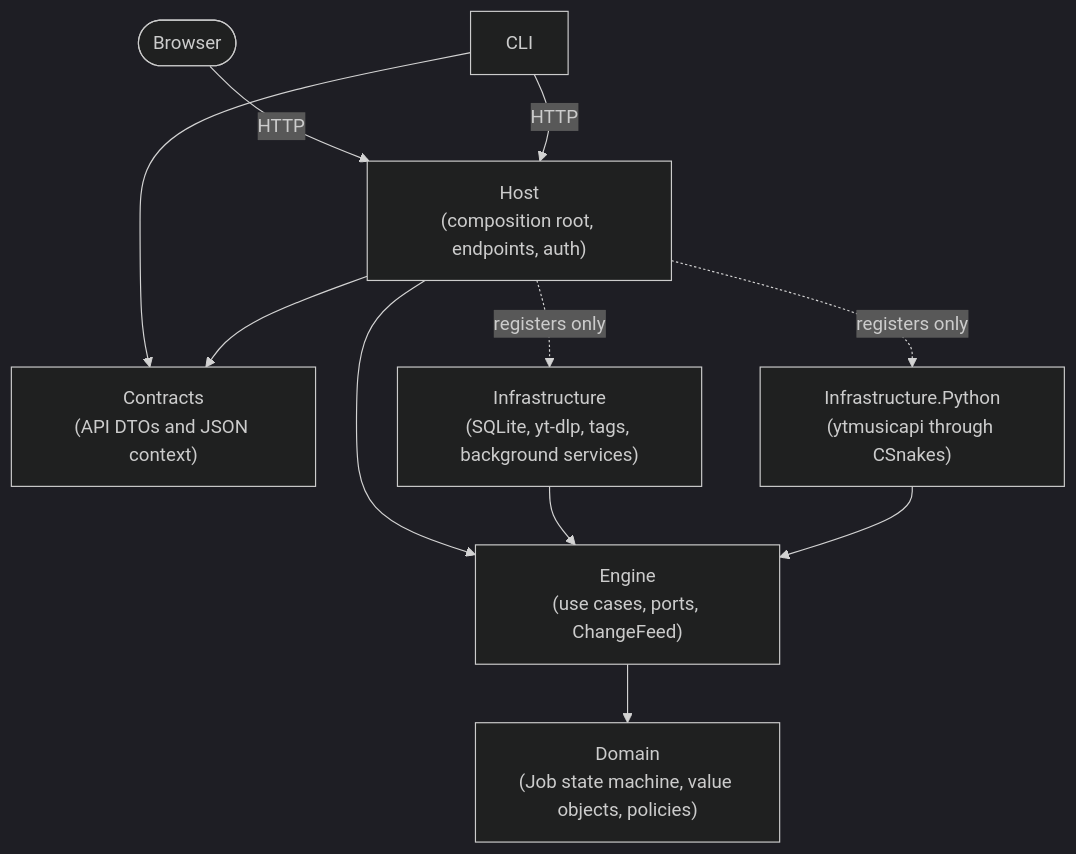
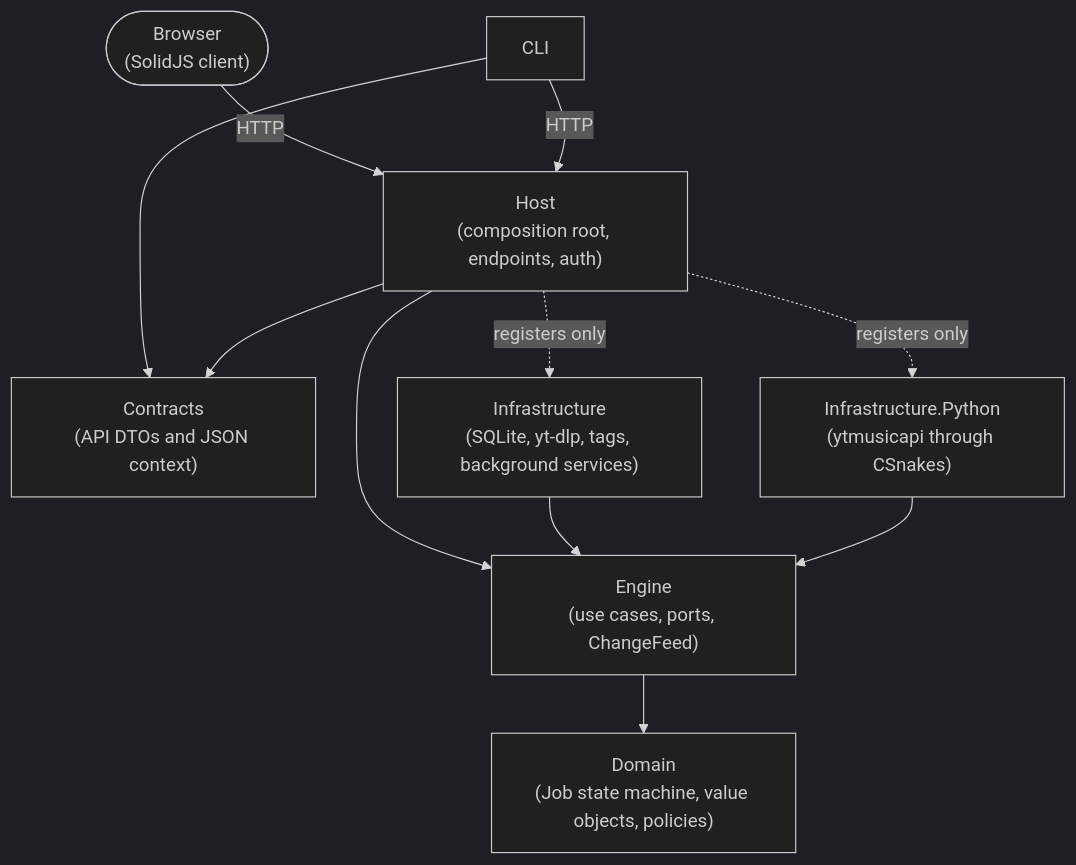
One commit to thomas-fazzari/ygrab changed the diagram in ARCHITECTURE.md. Above: the diagram before and after it, drawn with Mermaid (dark theme). The commit also changed 9 other files, not shown here.

````diff
--- a/ARCHITECTURE.md
+++ b/ARCHITECTURE.md
@@ -7,13 +7,13 @@
 ```mermaid
 flowchart TB
-    browser([Browser]) -->|"HTTP"| host["Host<br/>(composition root, endpoints, auth)"]
+    browser(["Browser<br/>(SolidJS client)"]) -->|"HTTP"| host["Host<br/>(composition root, endpoints, auth)"]
     cli["CLI"] -->|"HTTP"| host
     cli --> contracts["Contracts<br/>(API DTOs and JSON context)"]
     host --> contracts
     host --> engine["Engine<br/>(use cases, ports, ChangeFeed)"]
     host -.->|"registers only"| infrastructure["Infrastructure<br/>(SQLite, yt-dlp, tags, background services)"]
     host -.->|"registers only"| python["Infrastructure.Python<br/>(ytmusicapi through CSnakes)"]
     infrastructure --> engine
     python --> engine
     engine --> domain["Domain<br/>(Job state machine, value objects, policies)"]
 ```
````
